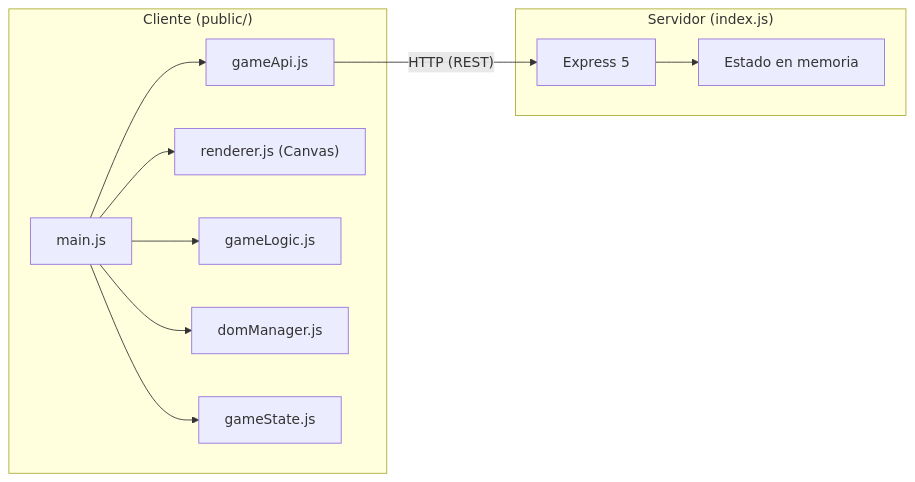
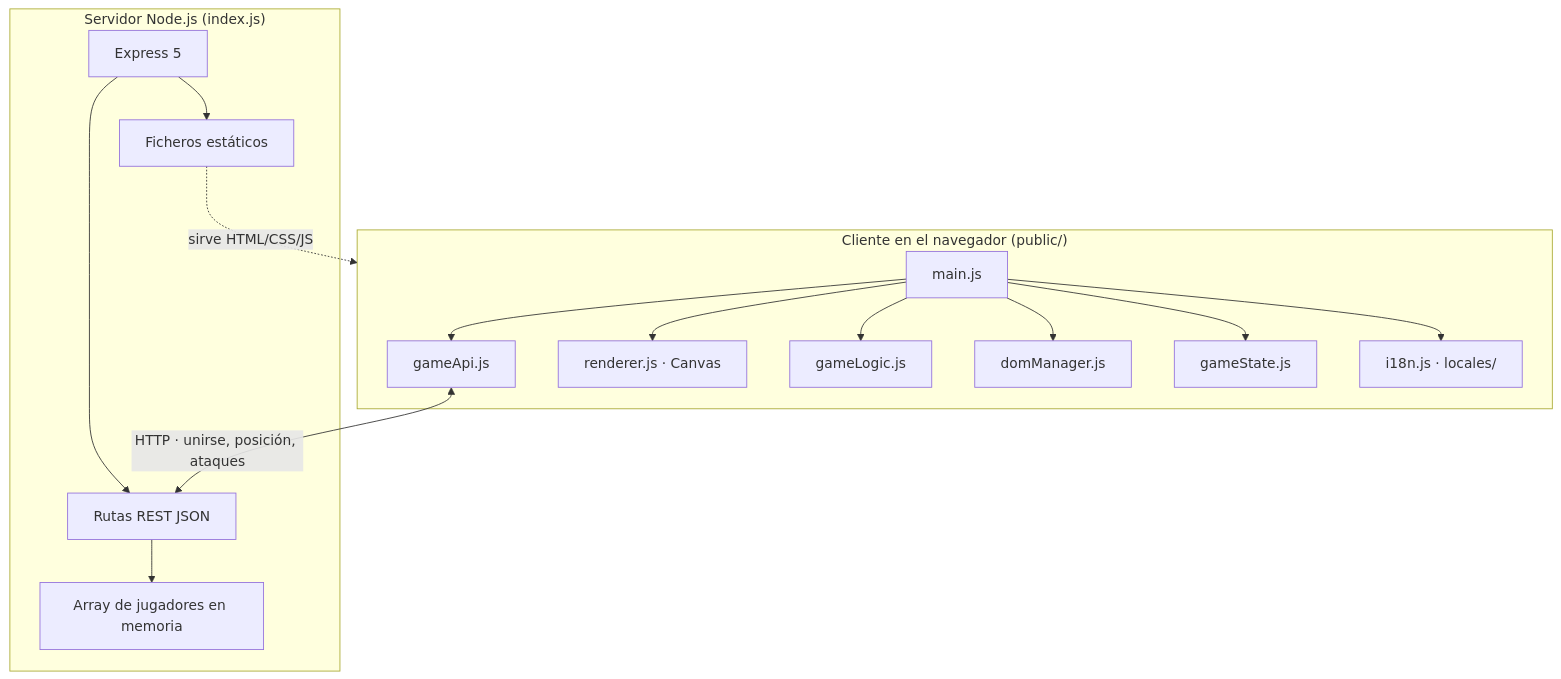
Before and after one commit to gonzalopozo/Nbamon: the first of 3 diagrams in README.md, drawn with Mermaid. The commit also changed other lines of this file, not shown here.

Commit message:
docs: mermaid diagrams improved in README.md

````diff
--- a/README.md
+++ b/README.md
@@ -174,16 +172,31 @@
 ```mermaid
-flowchart LR
-    subgraph Cliente["Cliente (public/)"]
-        Main["main.js"] --> API["gameApi.js"]
-        Main --> Renderer["renderer.js (Canvas)"]
-        Main --> GameLogic["gameLogic.js"]
-        Main --> DOM["domManager.js"]
-        Main --> State["gameState.js"]
+flowchart TB
+    subgraph cliente["Cliente en el navegador (public/)"]
+        main["main.js"]
+        api["gameApi.js"]
+        ren["renderer.js · Canvas"]
+        gl["gameLogic.js"]
+        dm["domManager.js"]
+        st["gameState.js"]
+        i18n["i18n.js · locales/"]
+        main --> api
+        main --> ren
+        main --> gl
+        main --> dm
+        main --> st
+        main --> i18n
     end
 
-    subgraph Servidor["Servidor (index.js)"]
-        Express["Express 5"] --> Jugadores["Estado en memoria"]
+    subgraph servidor["Servidor Node.js (index.js)"]
+        exp["Express 5"]
+        rest["Rutas REST JSON"]
+        est["Ficheros estáticos"]
+        mem["Array de jugadores en memoria"]
+        exp --> rest
+        exp --> est
+        rest --> mem
     end
 
-    API -- "HTTP (REST)" --> Express
+    est -.->|sirve HTML/CSS/JS| cliente
+    api <-->|"HTTP · unirse, posición, ataques"| rest
 ```
````
